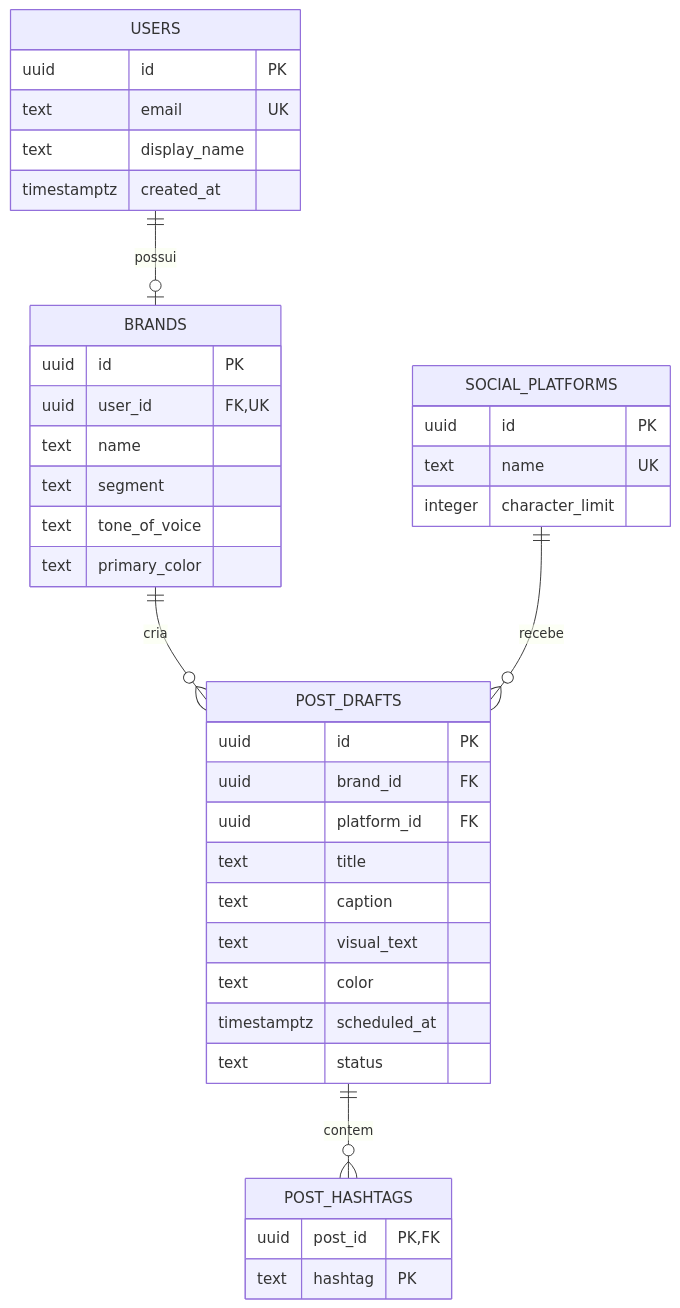
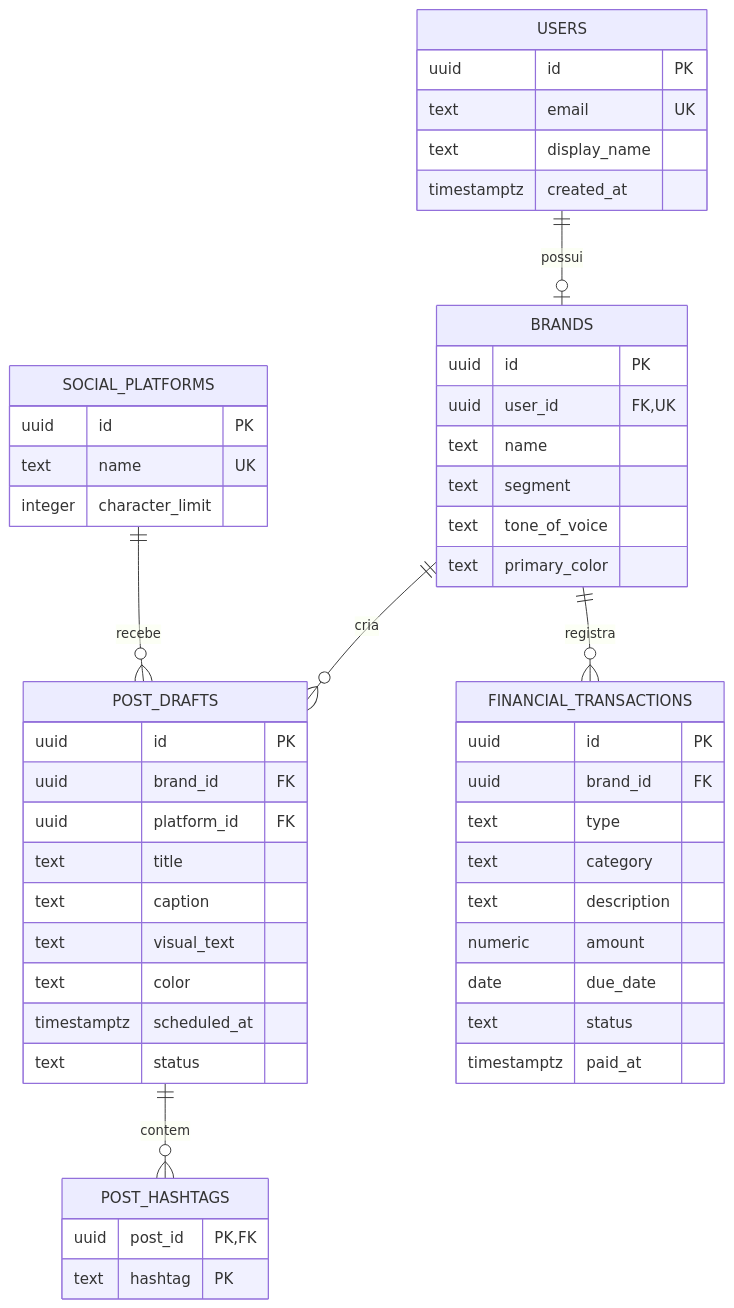
The diagram in database/README.md (JoaovSilva2005/PostFlow), drawn with Mermaid before and after one commit. The commit also changed other lines of this file and 13 other files, not shown here.

````diff
--- a/database/README.md
+++ b/database/README.md
@@ -44,46 +49,59 @@
 ```mermaid
 erDiagram
     USERS ||--o| BRANDS : possui
     BRANDS ||--o{ POST_DRAFTS : cria
+    BRANDS ||--o{ FINANCIAL_TRANSACTIONS : registra
     SOCIAL_PLATFORMS ||--o{ POST_DRAFTS : recebe
     POST_DRAFTS ||--o{ POST_HASHTAGS : contem
 
     USERS {
         uuid id PK
         text email UK
         text display_name
         timestamptz created_at
     }
 
     BRANDS {
         uuid id PK
         uuid user_id FK,UK
         text name
         text segment
         text tone_of_voice
         text primary_color
     }
 
     SOCIAL_PLATFORMS {
         uuid id PK
         text name UK
         integer character_limit
     }
 
     POST_DRAFTS {
         uuid id PK
         uuid brand_id FK
         uuid platform_id FK
         text title
         text caption
         text visual_text
         text color
         timestamptz scheduled_at
         text status
     }
 
     POST_HASHTAGS {
         uuid post_id PK,FK
         text hashtag PK
     }
+
+    FINANCIAL_TRANSACTIONS {
+        uuid id PK
+        uuid brand_id FK
+        text type
+        text category
+        text description
+        numeric amount
+        date due_date
+        text status
+        timestamptz paid_at
+    }
 ```
````
